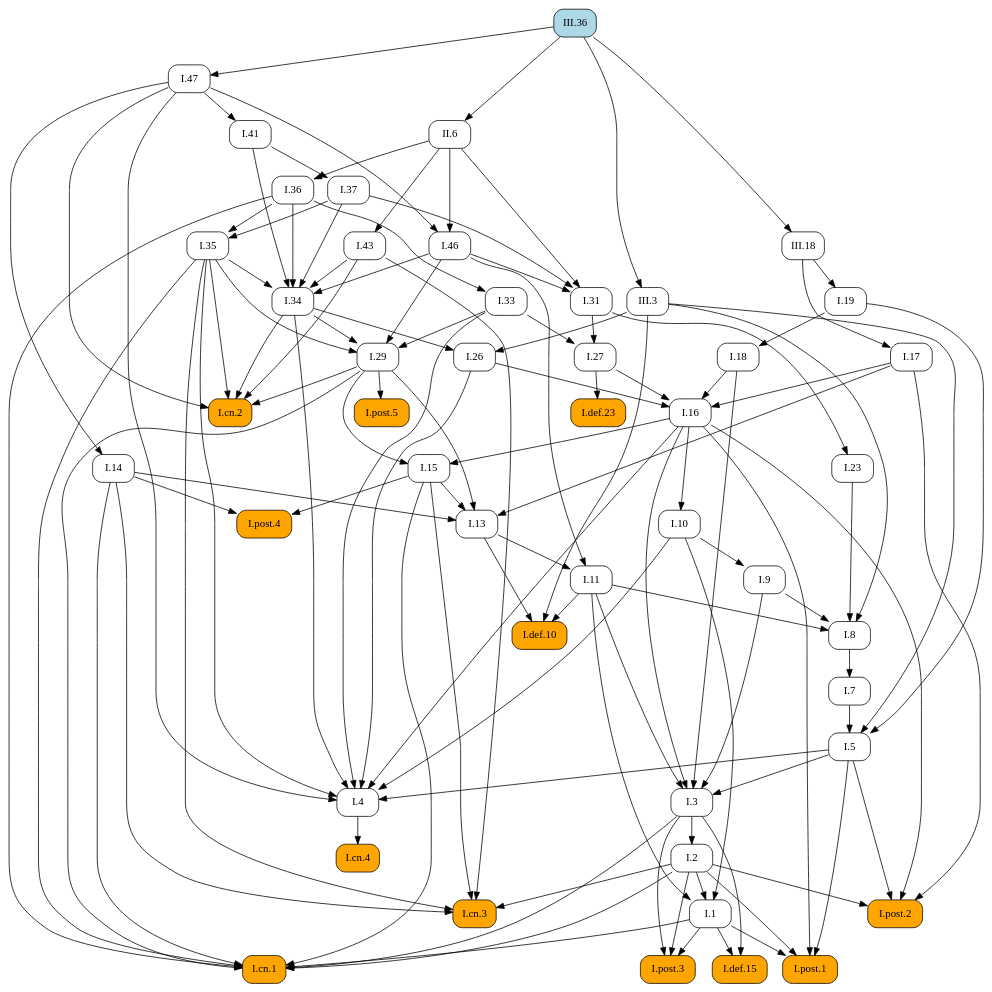
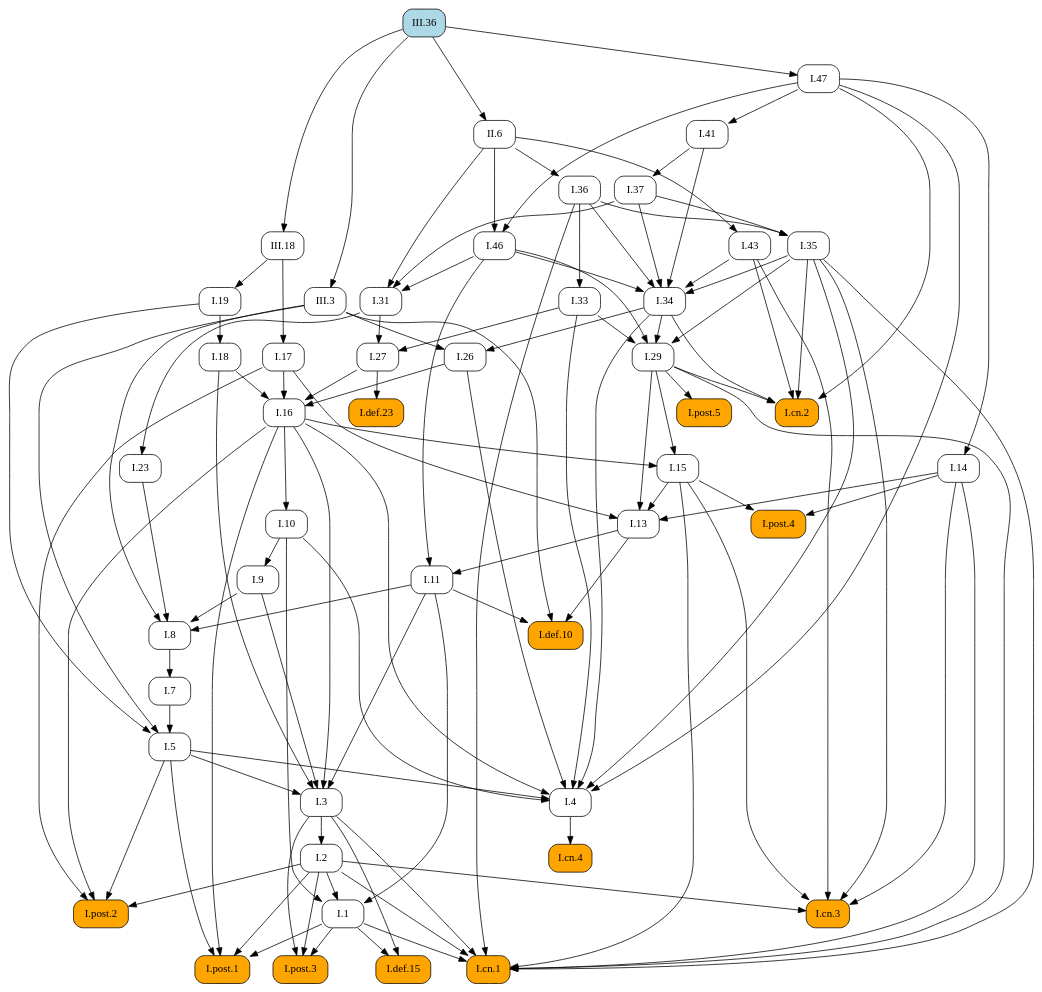
Before and after one commit to geometor/elements: the diagram in docsrc/heath/III/36/index.rst, drawn with Graphviz. The commit also changed other lines of this file and 484 other files, not shown here.

```diff
--- a/docsrc/heath/III/36/index.rst
+++ b/docsrc/heath/III/36/index.rst
@@ -71,110 +71,79 @@
    digraph {
      rankdir="TB";
      node [shape=box, style=rounded];
+     "I.23" [URL="/heath/I/23/", target="_top"];
+     "I.9" [URL="/heath/I/9/", target="_top"];
+     "I.33" [URL="/heath/I/33/", target="_top"];
+     "I.def.15" [style="rounded,filled", fillcolor=orange, URL="/heath/I/def.15/", target="_top"];
+     "I.47" [URL="/heath/I/47/", target="_top"];
+     "II.6" [URL="/heath/II/6/", target="_top"];
+     "I.post.3" [style="rounded,filled", fillcolor=orange, URL="/heath/I/post.3/", target="_top"];
+     "I.post.1" [style="rounded,filled", fillcolor=orange, URL="/heath/I/post.1/", target="_top"];
+     "I.19" [URL="/heath/I/19/", target="_top"];
+     "I.43" [URL="/heath/I/43/", target="_top"];
+     "I.31" [URL="/heath/I/31/", target="_top"];
      "I.def.10" [style="rounded,filled", fillcolor=orange, URL="/heath/I/def.10/", target="_top"];
-     "I.11" [URL="/heath/I/11/", target="_top"];
-     "I.post.4" [style="rounded,filled", fillcolor=orange, URL="/heath/I/post.4/", target="_top"];
-     "I.1" [URL="/heath/I/1/", target="_top"];
-     "I.26" [URL="/heath/I/26/", target="_top"];
-     "I.29" [URL="/heath/I/29/", target="_top"];
-     "I.cn.2" [style="rounded,filled", fillcolor=orange, URL="/heath/I/cn.2/", target="_top"];
      "I.18" [URL="/heath/I/18/", target="_top"];
-     "I.47" [URL="/heath/I/47/", target="_top"];
-     "I.def.15" [style="rounded,filled", fillcolor=orange, URL="/heath/I/def.15/", target="_top"];
-     "I.post.3" [style="rounded,filled", fillcolor=orange, URL="/heath/I/post.3/", target="_top"];
-     "I.cn.1" [style="rounded,filled", fillcolor=orange, URL="/heath/I/cn.1/", target="_top"];
-     "I.cn.3" [style="rounded,filled", fillcolor=orange, URL="/heath/I/cn.3/", target="_top"];
+     "I.27" [URL="/heath/I/27/", target="_top"];
      "I.14" [URL="/heath/I/14/", target="_top"];
-     "III.36" [style="rounded,filled", fillcolor=lightblue, URL="/heath/III/36/", target="_top"];
-     "I.23" [URL="/heath/I/23/", target="_top"];
-     "I.43" [URL="/heath/I/43/", target="_top"];
-     "I.post.1" [style="rounded,filled", fillcolor=orange, URL="/heath/I/post.1/", target="_top"];
-     "I.35" [URL="/heath/I/35/", target="_top"];
-     "I.41" [URL="/heath/I/41/", target="_top"];
-     "I.36" [URL="/heath/I/36/", target="_top"];
-     "I.46" [URL="/heath/I/46/", target="_top"];
-     "I.27" [URL="/heath/I/27/", target="_top"];
-     "I.37" [URL="/heath/I/37/", target="_top"];
      "I.34" [URL="/heath/I/34/", target="_top"];
      "I.3" [URL="/heath/I/3/", target="_top"];
+     "I.35" [URL="/heath/I/35/", target="_top"];
+     "I.cn.1" [style="rounded,filled", fillcolor=orange, URL="/heath/I/cn.1/", target="_top"];
+     "III.18" [URL="/heath/III/18/", target="_top"];
      "I.7" [URL="/heath/I/7/", target="_top"];
      "I.2" [URL="/heath/I/2/", target="_top"];
+     "III.36" [style="rounded,filled", fillcolor=lightblue, URL="/heath/III/36/", target="_top"];
+     "I.36" [URL="/heath/I/36/", target="_top"];
+     "I.13" [URL="/heath/I/13/", target="_top"];
+     "I.post.4" [style="rounded,filled", fillcolor=orange, URL="/heath/I/post.4/", target="_top"];
      "I.4" [URL="/heath/I/4/", target="_top"];
+     "I.1" [URL="/heath/I/1/", target="_top"];
+     "I.5" [URL="/heath/I/5/", target="_top"];
+     "I.8" [URL="/heath/I/8/", target="_top"];
+     "I.17" [URL="/heath/I/17/", target="_top"];
+     "III.3" [URL="/heath/III/3/", target="_top"];
+     "I.37" [URL="/heath/I/37/", target="_top"];
+     "I.cn.3" [style="rounded,filled", fillcolor=orange, URL="/heath/I/cn.3/", target="_top"];
+     "I.29" [URL="/heath/I/29/", target="_top"];
+     "I.16" [URL="/heath/I/16/", target="_top"];
+     "I.15" [URL="/heath/I/15/", target="_top"];
+     "I.10" [URL="/heath/I/10/", target="_top"];
+     "I.11" [URL="/heath/I/11/", target="_top"];
      "I.def.23" [style="rounded,filled", fillcolor=orange, URL="/heath/I/def.23/", target="_top"];
-     "II.6" [URL="/heath/II/6/", target="_top"];
-     "I.13" [URL="/heath/I/13/", target="_top"];
-     "I.17" [URL="/heath/I/17/", target="_top"];
-     "I.33" [URL="/heath/I/33/", target="_top"];
-     "I.31" [URL="/heath/I/31/", target="_top"];
+     "I.cn.2" [style="rounded,filled", fillcolor=orange, URL="/heath/I/cn.2/", target="_top"];
+     "I.post.5" [style="rounded,filled", fillcolor=orange, URL="/heath/I/post.5/", target="_top"];
+     "I.cn.4" [style="rounded,filled", fillcolor=orange, URL="/heath/I/cn.4/", target="_top"];
+     "I.41" [URL="/heath/I/41/", target="_top"];
      "I.post.2" [style="rounded,filled", fillcolor=orange, URL="/heath/I/post.2/", target="_top"];
-     "I.16" [URL="/heath/I/16/", target="_top"];
-     "I.19" [URL="/heath/I/19/", target="_top"];
-     "III.3" [URL="/heath/III/3/", target="_top"];
-     "I.9" [URL="/heath/I/9/", target="_top"];
-     "I.8" [URL="/heath/I/8/", target="_top"];
-     "I.cn.4" [style="rounded,filled", fillcolor=orange, URL="/heath/I/cn.4/", target="_top"];
-     "I.15" [URL="/heath/I/15/", target="_top"];
-     "I.post.5" [style="rounded,filled", fillcolor=orange, URL="/heath/I/post.5/", target="_top"];
-     "I.10" [URL="/heath/I/10/", target="_top"];
-     "III.18" [URL="/heath/III/18/", target="_top"];
-     "I.5" [URL="/heath/I/5/", target="_top"];
-     "I.11" -> "I.def.10";
-     "I.13" -> "I.def.10";
-     "III.3" -> "I.def.10";
-     "I.13" -> "I.11";
-     "I.46" -> "I.11";
-     "I.14" -> "I.post.4";
-     "I.15" -> "I.post.4";
-     "I.2" -> "I.1";
-     "I.10" -> "I.1";
-     "I.11" -> "I.1";
-     "I.34" -> "I.26";
-     "III.3" -> "I.26";
-     "I.33" -> "I.29";
-     "I.34" -> "I.29";
-     "I.35" -> "I.29";
-     "I.46" -> "I.29";
-     "I.29" -> "I.cn.2";
-     "I.34" -> "I.cn.2";
-     "I.35" -> "I.cn.2";
-     "I.43" -> "I.cn.2";
-     "I.47" -> "I.cn.2";
-     "I.19" -> "I.18";
-     "III.36" -> "I.47";
+     "I.46" [URL="/heath/I/46/", target="_top"];
+     "I.26" [URL="/heath/I/26/", target="_top"];
+     "I.31" -> "I.23";
+     "I.10" -> "I.9";
+     "I.36" -> "I.33";
      "I.1" -> "I.def.15";
      "I.3" -> "I.def.15";
+     "III.36" -> "I.47";
+     "III.36" -> "II.6";
      "I.1" -> "I.post.3";
      "I.2" -> "I.post.3";
      "I.3" -> "I.post.3";
-     "I.1" -> "I.cn.1";
-     "I.2" -> "I.cn.1";
-     "I.3" -> "I.cn.1";
-     "I.14" -> "I.cn.1";
-     "I.15" -> "I.cn.1";
-     "I.29" -> "I.cn.1";
-     "I.35" -> "I.cn.1";
-     "I.36" -> "I.cn.1";
-     "I.2" -> "I.cn.3";
-     "I.14" -> "I.cn.3";
-     "I.15" -> "I.cn.3";
-     "I.35" -> "I.cn.3";
-     "I.43" -> "I.cn.3";
-     "I.47" -> "I.14";
-     "I.31" -> "I.23";
-     "II.6" -> "I.43";
      "I.1" -> "I.post.1";
      "I.2" -> "I.post.1";
      "I.5" -> "I.post.1";
      "I.16" -> "I.post.1";
-     "I.36" -> "I.35";
-     "I.37" -> "I.35";
-     "I.47" -> "I.41";
-     "II.6" -> "I.36";
-     "I.47" -> "I.46";
-     "II.6" -> "I.46";
+     "III.18" -> "I.19";
+     "II.6" -> "I.43";
+     "I.37" -> "I.31";
+     "I.46" -> "I.31";
+     "II.6" -> "I.31";
+     "I.11" -> "I.def.10";
+     "I.13" -> "I.def.10";
+     "III.3" -> "I.def.10";
+     "I.19" -> "I.18";
      "I.31" -> "I.27";
      "I.33" -> "I.27";
-     "I.41" -> "I.37";
+     "I.47" -> "I.14";
      "I.35" -> "I.34";
      "I.36" -> "I.34";
      "I.37" -> "I.34";
@@ -186,8 +155,26 @@
      "I.11" -> "I.3";
      "I.16" -> "I.3";
      "I.18" -> "I.3";
+     "I.36" -> "I.35";
+     "I.37" -> "I.35";
+     "I.1" -> "I.cn.1";
+     "I.2" -> "I.cn.1";
+     "I.3" -> "I.cn.1";
+     "I.14" -> "I.cn.1";
+     "I.15" -> "I.cn.1";
+     "I.29" -> "I.cn.1";
+     "I.35" -> "I.cn.1";
+     "I.36" -> "I.cn.1";
+     "III.36" -> "III.18";
      "I.8" -> "I.7";
      "I.3" -> "I.2";
+     "II.6" -> "I.36";
+     "I.14" -> "I.13";
+     "I.15" -> "I.13";
+     "I.17" -> "I.13";
+     "I.29" -> "I.13";
+     "I.14" -> "I.post.4";
+     "I.15" -> "I.post.4";
      "I.5" -> "I.4";
      "I.10" -> "I.4";
      "I.16" -> "I.4";
@@ -196,39 +183,52 @@
      "I.34" -> "I.4";
      "I.35" -> "I.4";
      "I.47" -> "I.4";
+     "I.2" -> "I.1";
+     "I.10" -> "I.1";
+     "I.11" -> "I.1";
+     "I.7" -> "I.5";
+     "I.19" -> "I.5";
+     "III.3" -> "I.5";
+     "I.9" -> "I.8";
+     "I.11" -> "I.8";
+     "I.23" -> "I.8";
+     "III.3" -> "I.8";
+     "III.18" -> "I.17";
+     "III.36" -> "III.3";
+     "I.41" -> "I.37";
+     "I.2" -> "I.cn.3";
+     "I.14" -> "I.cn.3";
+     "I.15" -> "I.cn.3";
+     "I.35" -> "I.cn.3";
+     "I.43" -> "I.cn.3";
+     "I.33" -> "I.29";
+     "I.34" -> "I.29";
+     "I.35" -> "I.29";
+     "I.46" -> "I.29";
+     "I.17" -> "I.16";
+     "I.18" -> "I.16";
+     "I.26" -> "I.16";
+     "I.27" -> "I.16";
+     "I.16" -> "I.15";
+     "I.29" -> "I.15";
+     "I.16" -> "I.10";
+     "I.13" -> "I.11";
+     "I.46" -> "I.11";
      "I.27" -> "I.def.23";
-     "III.36" -> "II.6";
-     "I.14" -> "I.13";
-     "I.15" -> "I.13";
-     "I.17" -> "I.13";
-     "I.29" -> "I.13";
-     "III.18" -> "I.17";
-     "I.36" -> "I.33";
-     "I.37" -> "I.31";
-     "I.46" -> "I.31";
-     "II.6" -> "I.31";
+     "I.29" -> "I.cn.2";
+     "I.34" -> "I.cn.2";
+     "I.35" -> "I.cn.2";
+     "I.43" -> "I.cn.2";
+     "I.47" -> "I.cn.2";
+     "I.29" -> "I.post.5";
+     "I.4" -> "I.cn.4";
+     "I.47" -> "I.41";
      "I.2" -> "I.post.2";
      "I.5" -> "I.post.2";
      "I.16" -> "I.post.2";
      "I.17" -> "I.post.2";
-     "I.17" -> "I.16";
-     "I.18" -> "I.16";
-     "I.26" -> "I.16";
-     "I.27" -> "I.16";
-     "III.18" -> "I.19";
-     "III.36" -> "III.3";
-     "I.10" -> "I.9";
-     "I.9" -> "I.8";
-     "I.11" -> "I.8";
-     "I.23" -> "I.8";
-     "III.3" -> "I.8";
-     "I.4" -> "I.cn.4";
-     "I.16" -> "I.15";
-     "I.29" -> "I.15";
-     "I.29" -> "I.post.5";
-     "I.16" -> "I.10";
-     "III.36" -> "III.18";
-     "I.7" -> "I.5";
-     "I.19" -> "I.5";
-     "III.3" -> "I.5";
+     "I.47" -> "I.46";
+     "II.6" -> "I.46";
+     "I.34" -> "I.26";
+     "III.3" -> "I.26";
    }
```
